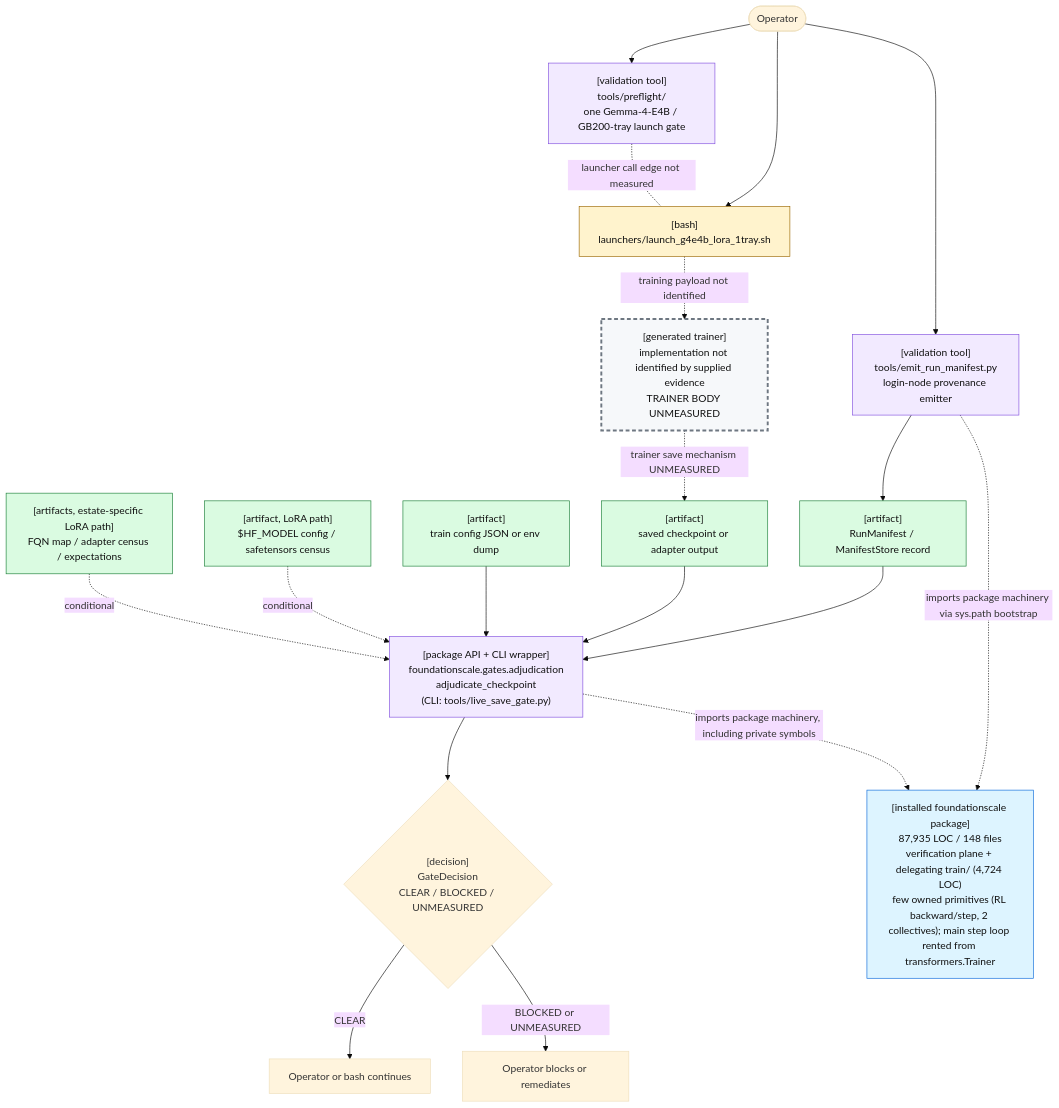
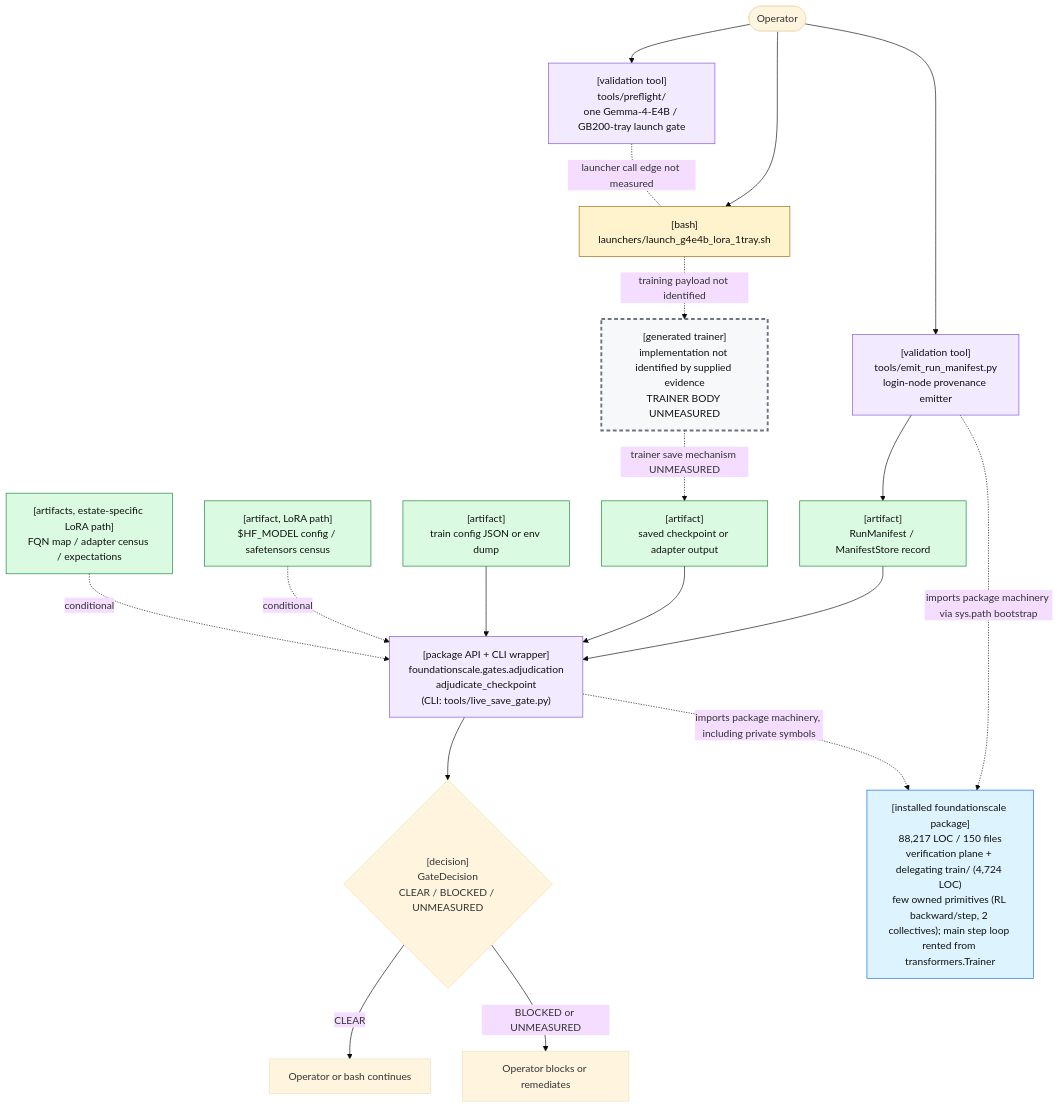
The first of 2 diagrams in docs/review/D2_current_architecture.md (TranNhiem/FoundationScale), drawn with Mermaid (base theme) before and after one commit. The commit also changed other lines of this file and 11 other files, not shown here.

````diff
--- a/docs/review/D2_current_architecture.md
+++ b/docs/review/D2_current_architecture.md
@@ -25,59 +25,59 @@
 ```mermaid
 flowchart TB
   O(["Operator"])
 
   PF["[validation tool]<br/>tools/preflight/<br/>one Gemma-4-E4B / GB200-tray launch gate"]
   L["[bash]<br/>launchers/launch_g4e4b_lora_1tray.sh"]
 
   E["[validation tool]<br/>tools/emit_run_manifest.py<br/>login-node provenance emitter"]
   M["[artifact]<br/>RunManifest / ManifestStore record"]
 
   T["[generated trainer]<br/>implementation not identified by supplied evidence<br/>TRAINER BODY UNMEASURED"]
   C["[artifact]<br/>saved checkpoint or adapter output"]
 
   G["[package API + CLI wrapper]<br/>foundationscale.gates.adjudication<br/>adjudicate_checkpoint<br/>(CLI: tools/live_save_gate.py)"]
   CFG["[artifact]<br/>train config JSON or env dump"]
   BASE["[artifact, LoRA path]<br/>$HF_MODEL config / safetensors census"]
   CEN["[artifacts, estate-specific LoRA path]<br/>FQN map / adapter census / expectations"]
 
   D{"[decision]<br/>GateDecision<br/>CLEAR / BLOCKED / UNMEASURED"}
   OK["Operator or bash continues"]
   NO["Operator blocks or remediates"]
 
-  PKG["[installed foundationscale package]<br/>87,935 LOC / 148 files<br/>verification plane + delegating train/ (4,724 LOC)<br/>few owned primitives (RL backward/step, 2 collectives); main step loop rented from transformers.Trainer"]
+  PKG["[installed foundationscale package]<br/>88,217 LOC / 150 files<br/>verification plane + delegating train/ (4,724 LOC)<br/>few owned primitives (RL backward/step, 2 collectives); main step loop rented from transformers.Trainer"]
 
   O --> PF
   O --> L
   PF -. "launcher call edge not measured" .- L
 
   O --> E
   E --> M
 
   L -. "training payload not identified" .-> T
   T -. "trainer save mechanism UNMEASURED" .-> C
 
   M --> G
   C --> G
   CFG --> G
   BASE -. "conditional" .-> G
   CEN -. "conditional" .-> G
 
   E -. "imports package machinery via sys.path bootstrap" .-> PKG
   G -. "imports package machinery, including private symbols" .-> PKG
 
   G --> D
   D -->|"CLEAR"| OK
   D -->|"BLOCKED or UNMEASURED"| NO
 
   classDef bash fill:#fff3cd,stroke:#9a6700,color:#111;
   classDef tool fill:#f2eaff,stroke:#8250df,color:#111;
   classDef artifact fill:#dafbe1,stroke:#1a7f37,color:#111;
   classDef gap fill:#f6f8fa,stroke:#6e7781,stroke-width:3px,stroke-dasharray: 6 4,color:#111;
   classDef pkg fill:#ddf4ff,stroke:#0969da,color:#111;
 
   class L bash;
   class PF,E,G tool;
   class M,C,CFG,BASE,CEN artifact;
   class T gap;
   class PKG pkg;
 ```
````
